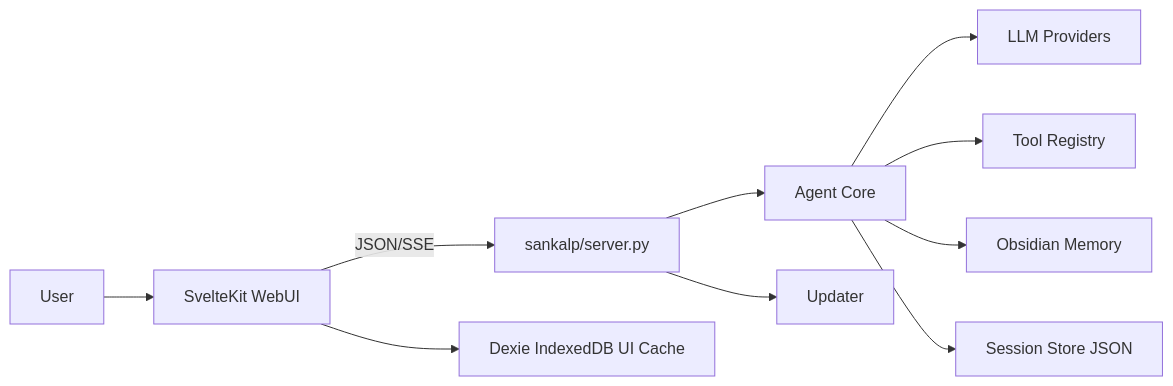
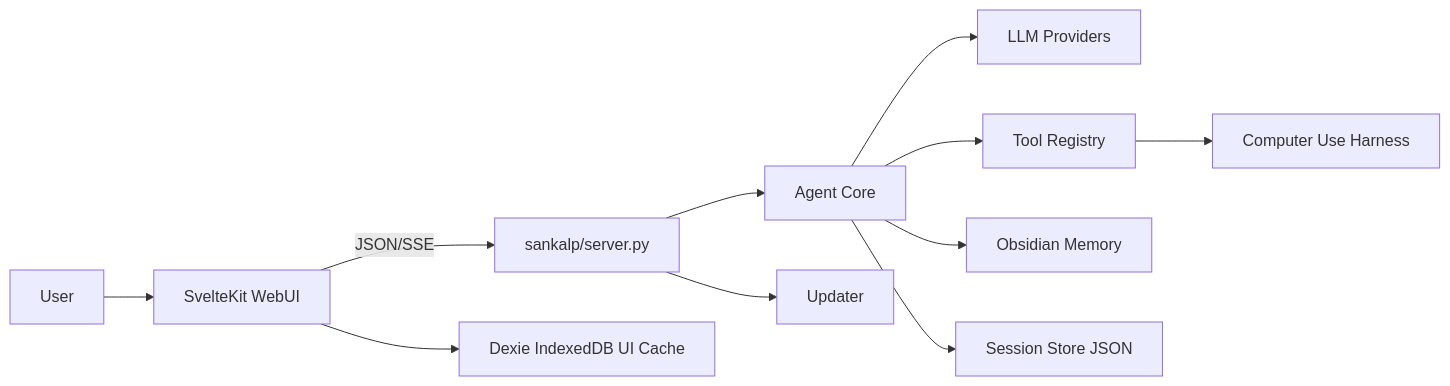
The first of 2 diagrams in docs/architecture.md (RSWAIN1486/sankalp), drawn with Mermaid before and after one commit. The commit also changed other lines of this file and 14 other files, not shown here.

Commit message:
feat: implement experimental macOS Computer Use harness with safety policy and update layout to a persistent app shell architecture.

````diff
--- a/docs/architecture.md
+++ b/docs/architecture.md
@@ -71,12 +86,13 @@
 ```mermaid
 flowchart LR
   U[User] --> W[SvelteKit WebUI]
   W -->|JSON/SSE| S[sankalp/server.py]
   S --> A[Agent Core]
   A --> P[LLM Providers]
   A --> T[Tool Registry]
+  T --> CU[Computer Use Harness]
   A --> M[Obsidian Memory]
   A --> J[Session Store JSON]
   W --> D[Dexie IndexedDB UI Cache]
   S --> U2[Updater]
 ```
````
